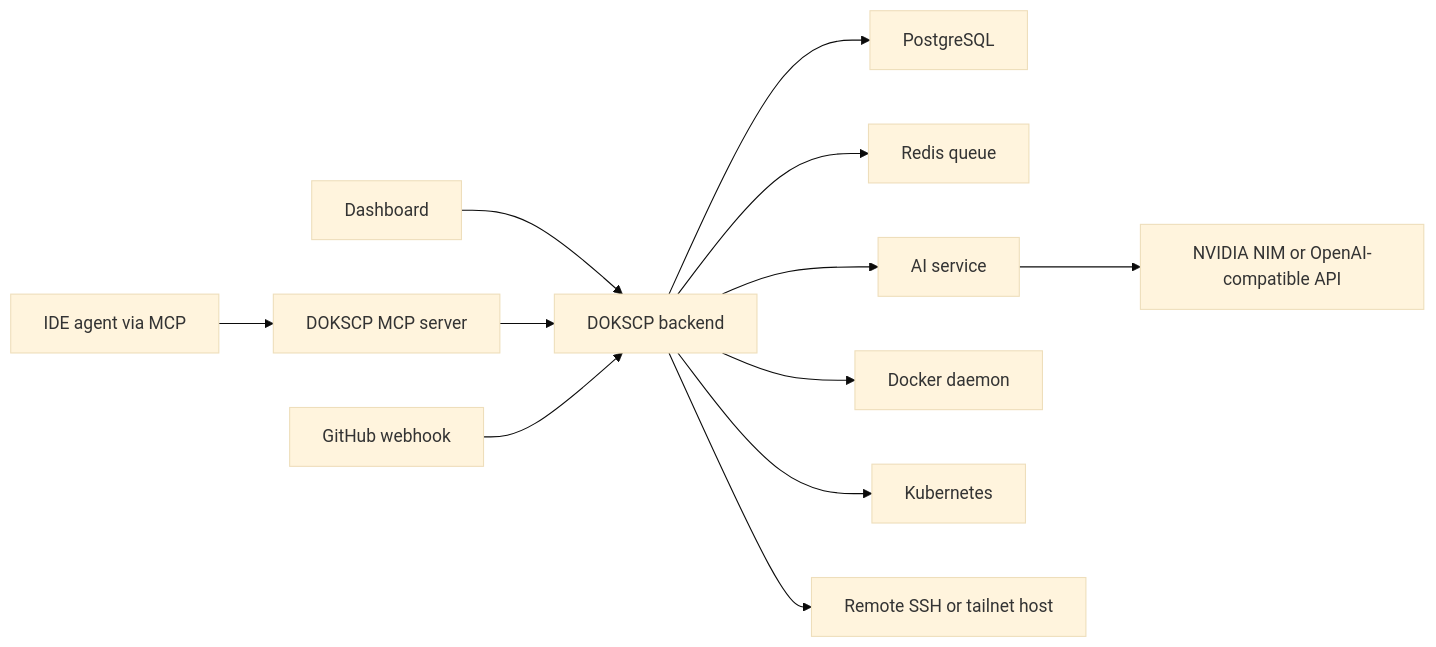
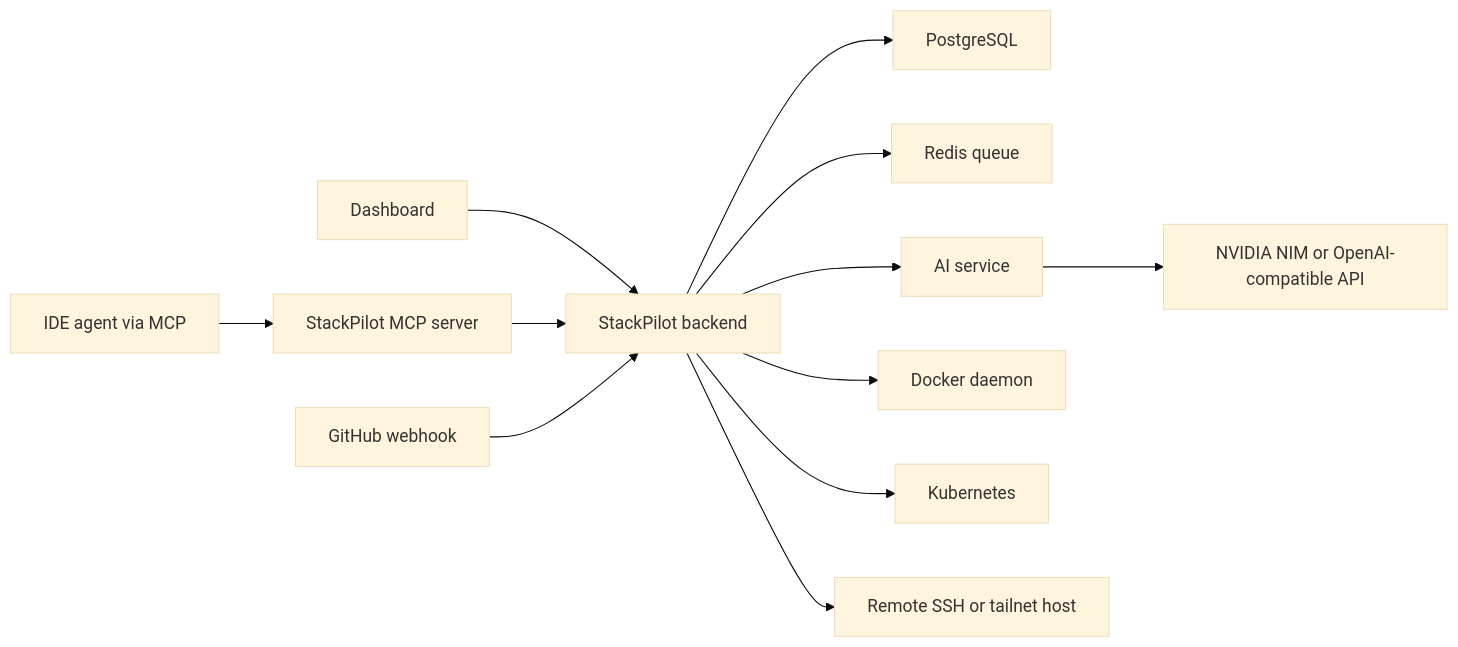
One commit to AdityaRoy999/StackPilot changed the diagram in docs/architecture.md. Above: the diagram before and after it, drawn with Mermaid (base theme). The commit also changed other lines of this file and 121 other files, not shown here.

Commit message:
Rename platform to StackPilot

````diff
--- a/docs/architecture.md
+++ b/docs/architecture.md
@@ -17,14 +17,14 @@
 ```mermaid
 flowchart LR
-    Browser["Dashboard"] --> Backend["DOKSCP backend"]
-    IDE["IDE agent via MCP"] --> MCP["DOKSCP MCP server"]
+    Browser["Dashboard"] --> Backend["StackPilot backend"]
+    IDE["IDE agent via MCP"] --> MCP["StackPilot MCP server"]
     MCP --> Backend
     GitHub["GitHub webhook"] --> Backend
     Backend --> Postgres["PostgreSQL"]
     Backend --> Redis["Redis queue"]
     Backend --> AI["AI service"]
     AI --> Provider["NVIDIA NIM or OpenAI-compatible API"]
     Backend --> Docker["Docker daemon"]
     Backend --> K8S["Kubernetes"]
     Backend --> SSH["Remote SSH or tailnet host"]
 ```
````
